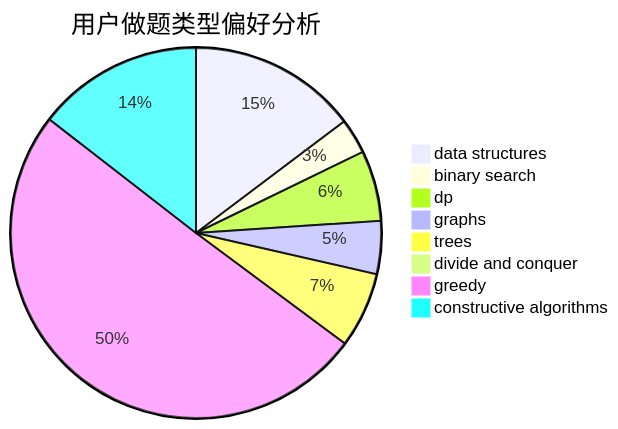
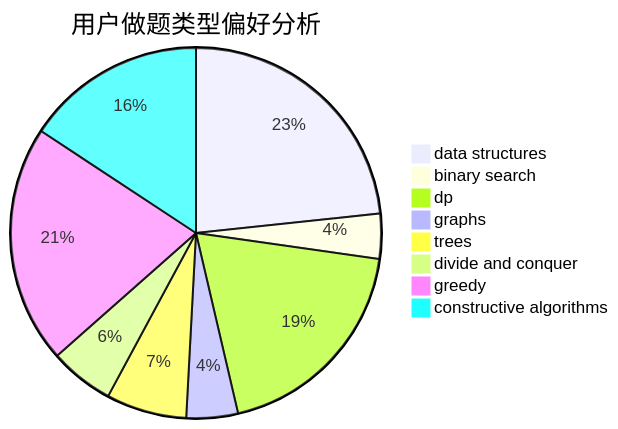
The second of 3 diagrams in docs/user/u2023.md (sherpahu/cfrs.github.io), drawn with Mermaid before and after one commit. The commit also changed other lines of this file and 2770 other files, not shown here.

````diff
--- a/docs/user/u2023.md
+++ b/docs/user/u2023.md
@@ -23,11 +23,11 @@
 ```mermaid
 pie title 用户做题类型偏好分析
-    "data structures" :  67
+    "data structures" :  83
     "binary search" :  14
-    "dp" :  28
-    "graphs" :  21
-    "trees" :  30
-    "divide and conquer" :  3
-    "greedy" :  229
-    "constructive algorithms" :  66
+    "dp" :  68
+    "graphs" :  16
+    "trees" :  25
+    "divide and conquer" :  20
+    "greedy" :  74
+    "constructive algorithms" :  56
 ```
````
